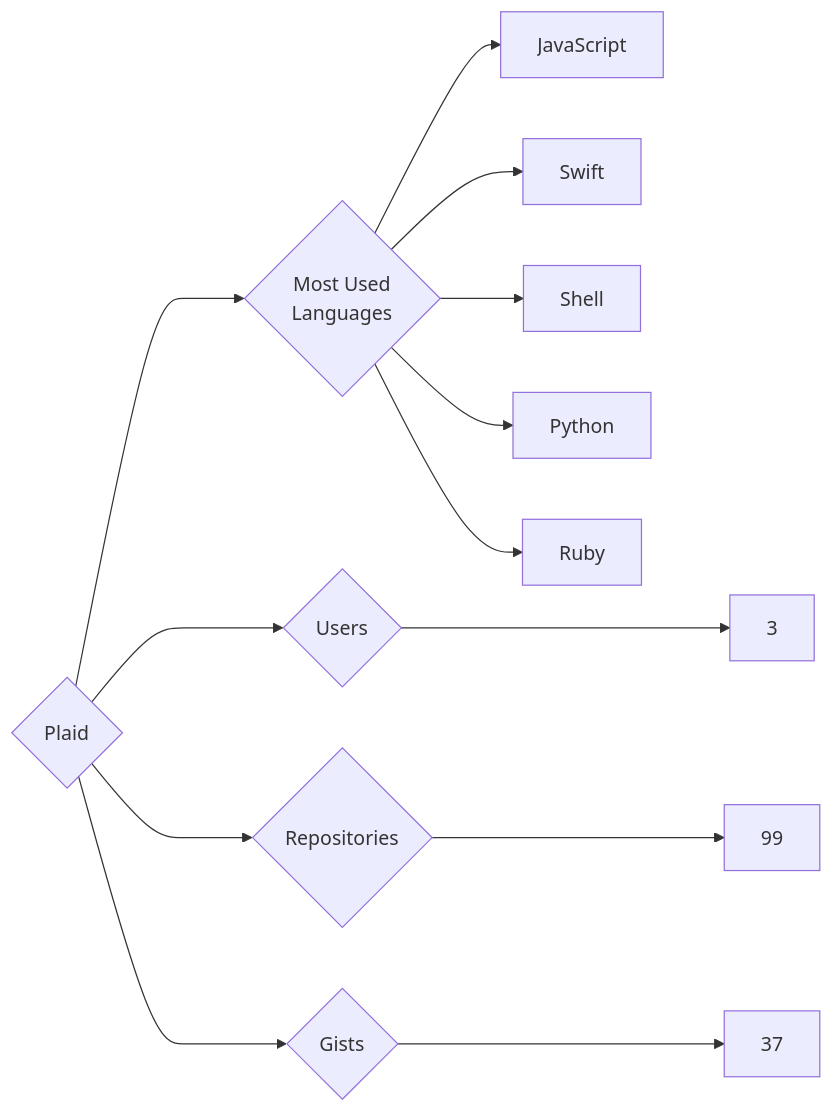
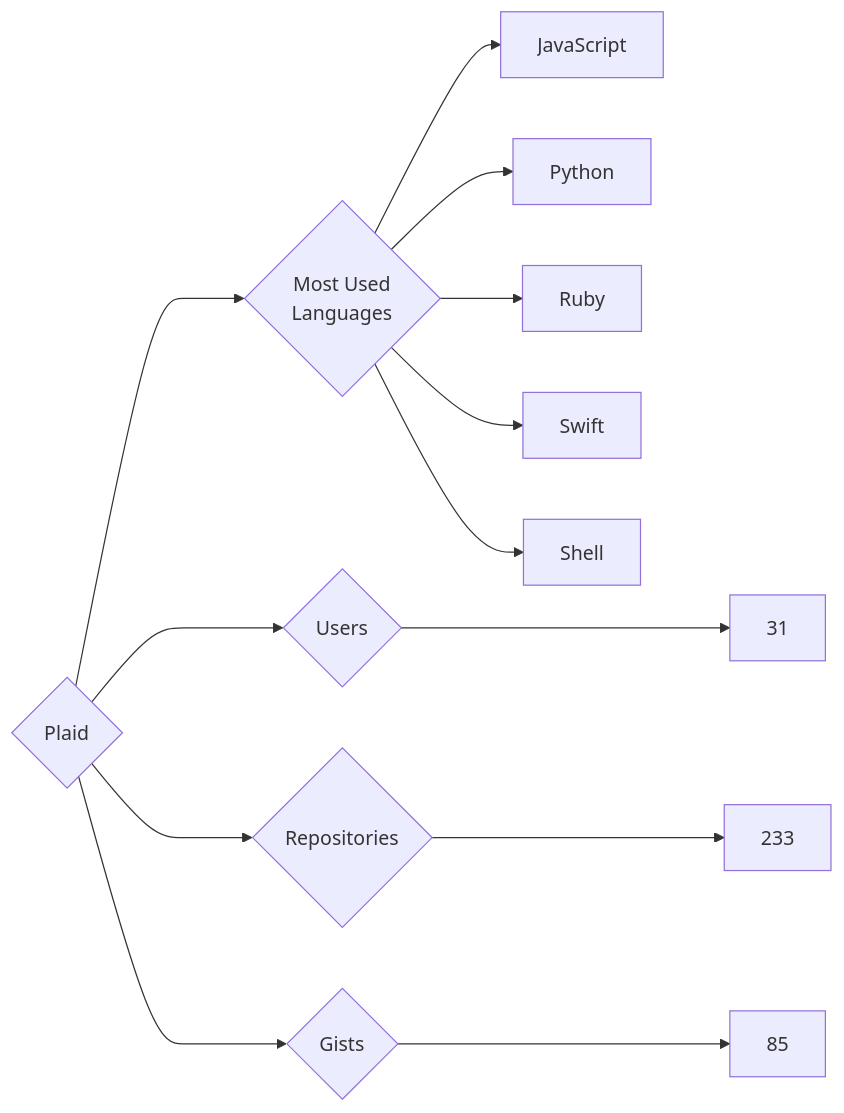
The diagram in targets/Plaid/README.md (trickest/insiders), drawn with Mermaid before and after one commit. The commit also changed 903 other files, not shown here.

````diff
--- a/targets/Plaid/README.md
+++ b/targets/Plaid/README.md
@@ -3,13 +3,13 @@
 ```mermaid
 graph LR
 COMPANY_NAME{Plaid}
-COMPANY_NAME ---> U{Users} ---> UN[3]
-COMPANY_NAME ---> R{Repositories} ---> RN[99]
-COMPANY_NAME ---> G{Gists} ---> GN[37]
+COMPANY_NAME ---> U{Users} ---> UN[31]
+COMPANY_NAME ---> R{Repositories} ---> RN[233]
+COMPANY_NAME ---> G{Gists} ---> GN[85]
 COMPANY_NAME ---> ML{Most Used<br>Languages}
 ML --> JavaScript[JavaScript]
+ML --> Python[Python]
+ML --> Ruby[Ruby]
 ML --> Swift[Swift]
 ML --> Shell[Shell]
-ML --> Python[Python]
-ML --> Ruby[Ruby]
 ```
````
